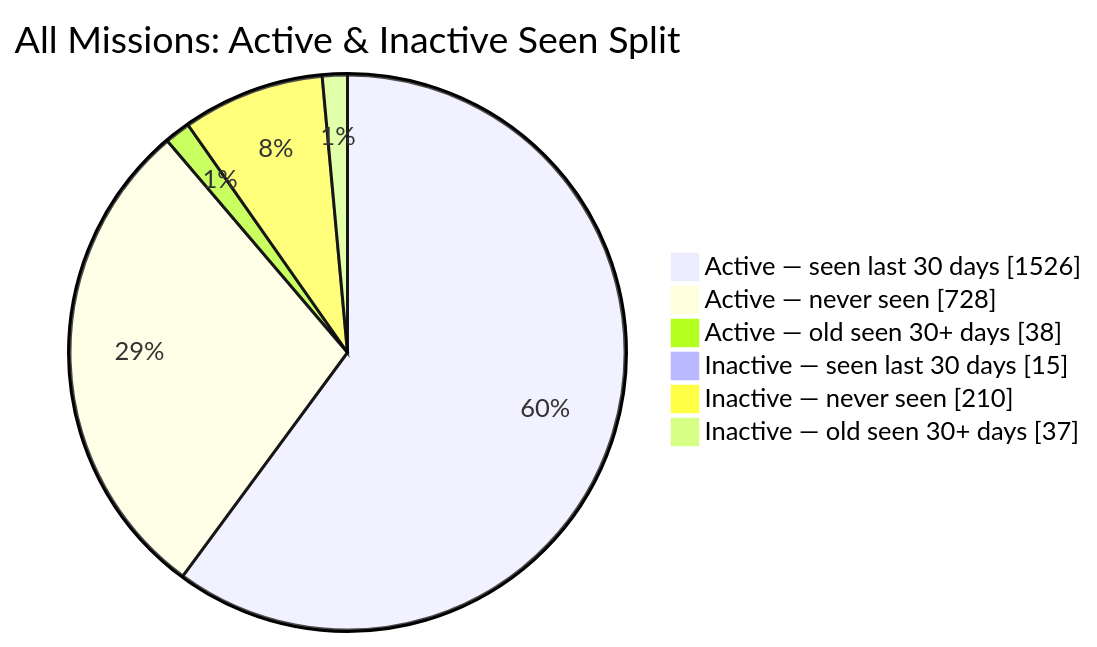
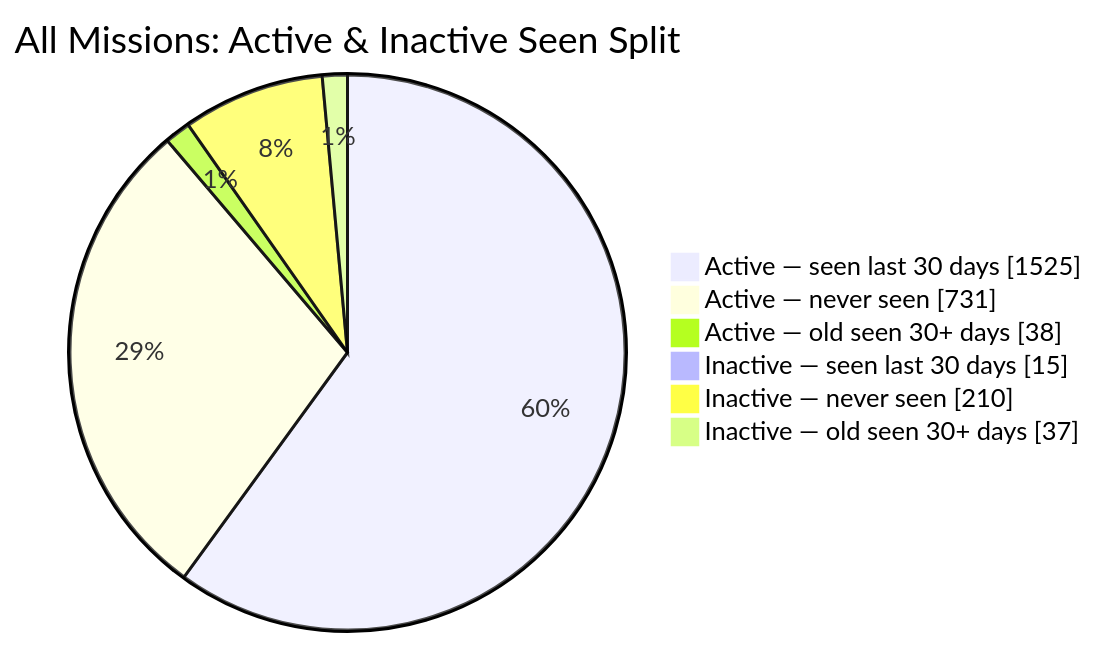
Before and after one commit to MeldkamerspelGameTeam/active-missions: the second of 2 diagrams in README.md, drawn with Mermaid. The commit also changed other lines of this file and 4 other files, not shown here.

````diff
--- a/README.md
+++ b/README.md
@@ -44,10 +44,10 @@
 ```mermaid
 pie showData
     title All Missions: Active & Inactive Seen Split
-    "Active — seen last 30 days" : 1526
-    "Active — never seen" : 728
+    "Active — seen last 30 days" : 1525
+    "Active — never seen" : 731
     "Active — old seen 30+ days" : 38
     "Inactive — seen last 30 days" : 15
     "Inactive — never seen" : 210
     "Inactive — old seen 30+ days" : 37
 ```
````
